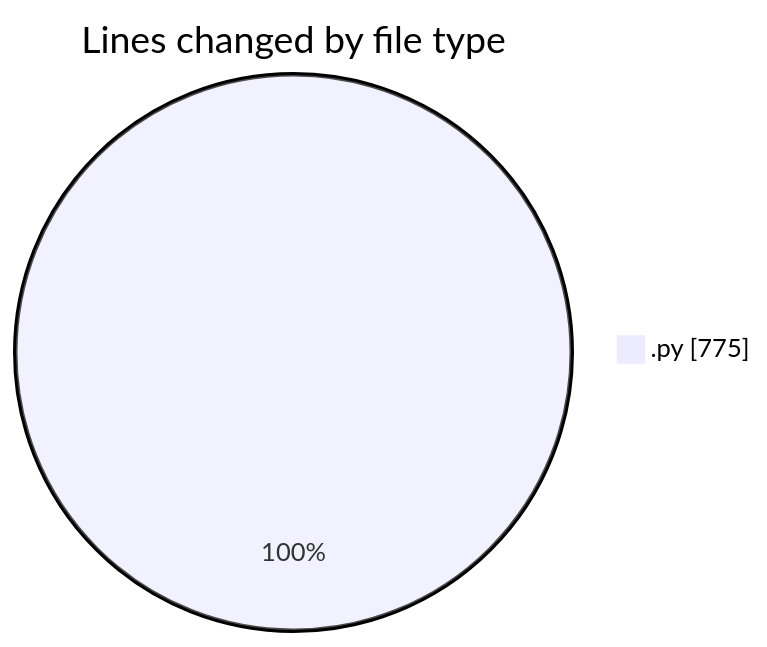
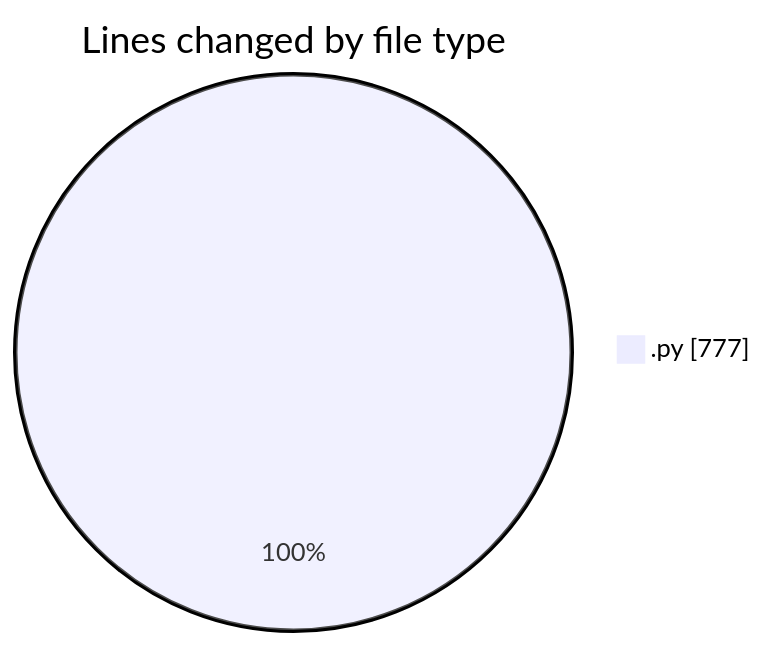
The first of 2 diagrams in 2025-10-14/eventscop-api-guide__workspace_/README.md (julien-gomy/code-tracking), drawn with Mermaid before and after one commit. The commit also changed other lines of this file and 1 other file, not shown here.

````diff
--- a/2025-10-14/eventscop-api-guide__workspace_/README.md
+++ b/2025-10-14/eventscop-api-guide__workspace_/README.md
@@ -20,5 +20,5 @@
 ```mermaid
 pie showData
 title Lines changed by file type
-".py" : 775
+".py" : 777
 ```
````
